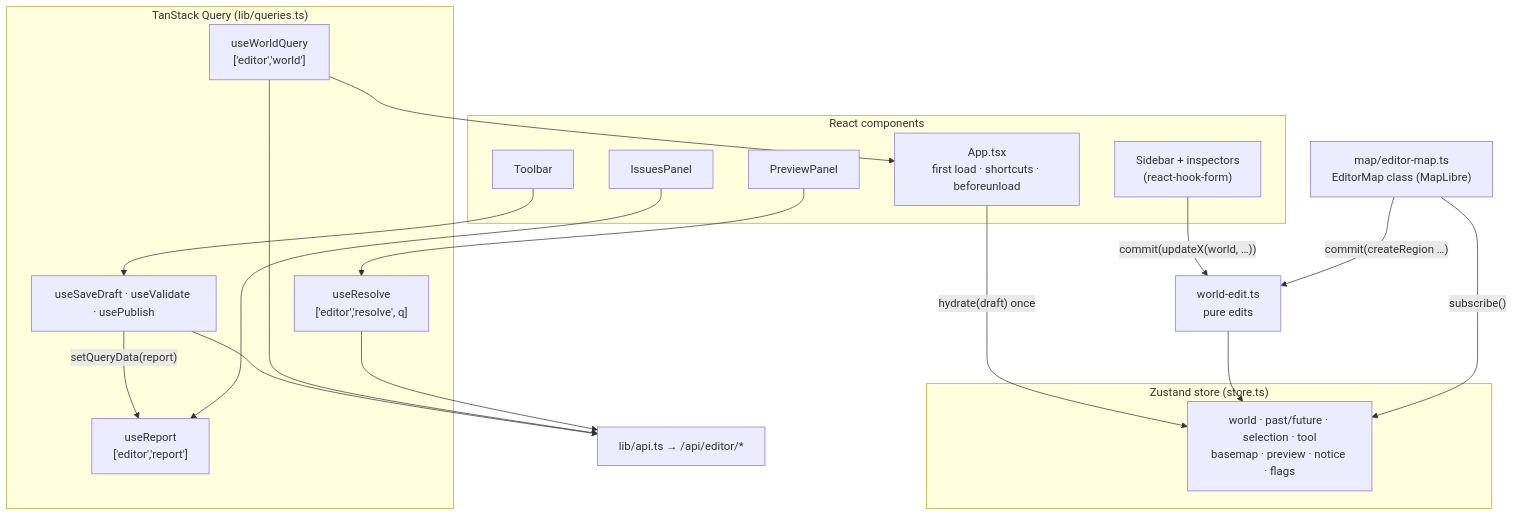
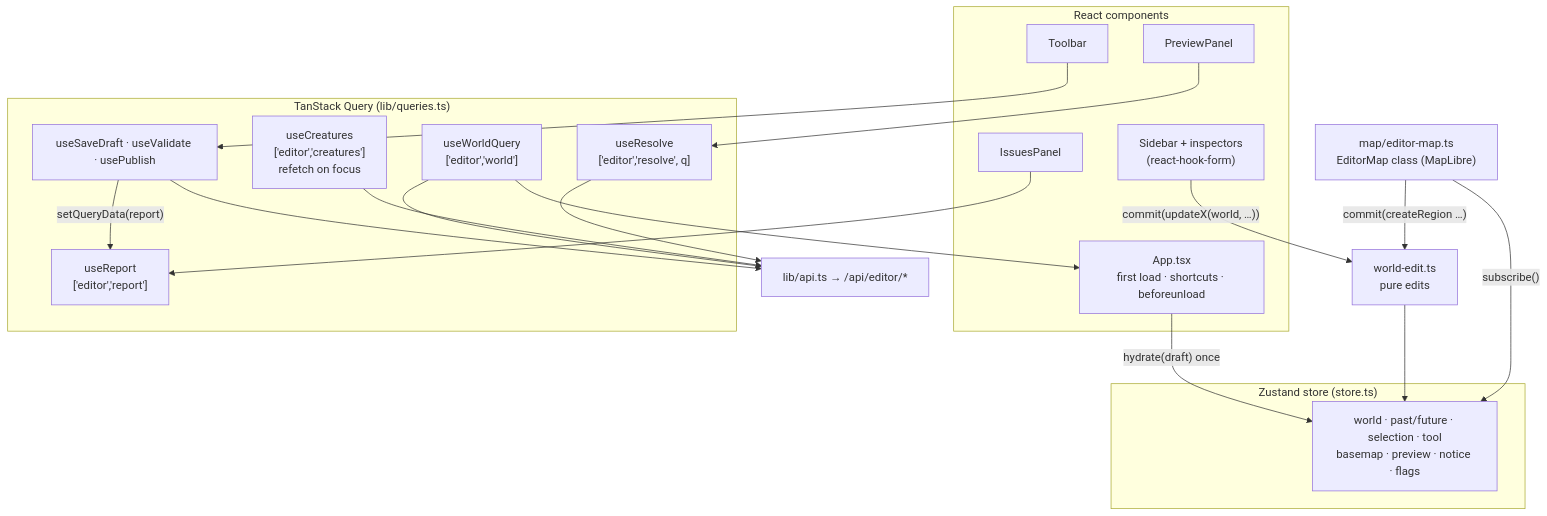
One commit to samceracas/wildbound changed the third of 6 diagrams in docs/05-map-editor.md. Above: the diagram before and after it, drawn with Mermaid. The commit also changed other lines of this file and 8 other files, not shown here.

````diff
--- a/docs/05-map-editor.md
+++ b/docs/05-map-editor.md
@@ -79,35 +83,37 @@
 ```mermaid
 flowchart TB
     subgraph react["React components"]
         App["App.tsx<br/>first load · shortcuts · beforeunload"]
         TB["Toolbar"]
         SB["Sidebar + inspectors<br/>(react-hook-form)"]
         PP["PreviewPanel"]
         IP["IssuesPanel"]
     end
     subgraph tq["TanStack Query (lib/queries.ts)"]
         WQ["useWorldQuery<br/>['editor','world']"]
+        CQ["useCreatures<br/>['editor','creatures']<br/>refetch on focus"]
         RQ["useReport<br/>['editor','report']"]
         RS["useResolve<br/>['editor','resolve', q]"]
         MS["useSaveDraft · useValidate · usePublish"]
     end
     subgraph zs["Zustand store (store.ts)"]
         ST["world · past/future · selection · tool<br/>basemap · preview · notice · flags"]
     end
     WE["world-edit.ts<br/>pure edits"]
     EM["map/editor-map.ts<br/>EditorMap class (MapLibre)"]
     API["lib/api.ts → /api/editor/*"]
 
     App -- "hydrate(draft) once" --> ST
     WQ --> App
     SB -- "commit(updateX(world, …))" --> WE --> ST
     EM -- "subscribe()" --> ST
     EM -- "commit(createRegion …)" --> WE
     TB --> MS
     MS --> API
     WQ --> API
+    CQ --> API
     RS --> API
     PP --> RS
     MS -- "setQueryData(report)" --> RQ
     IP --> RQ
 ```
````
